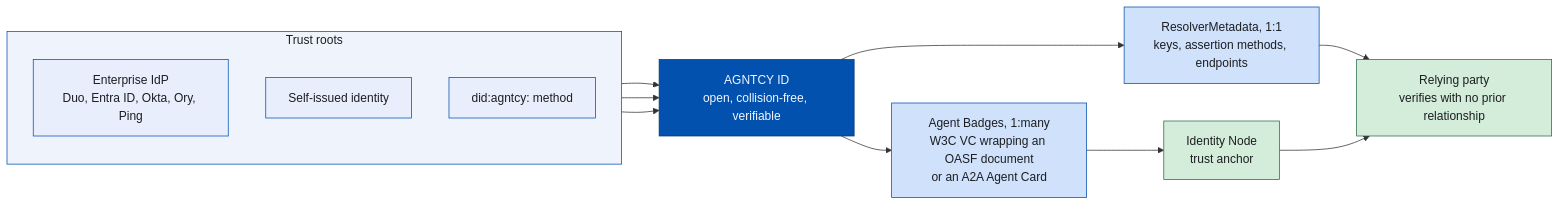
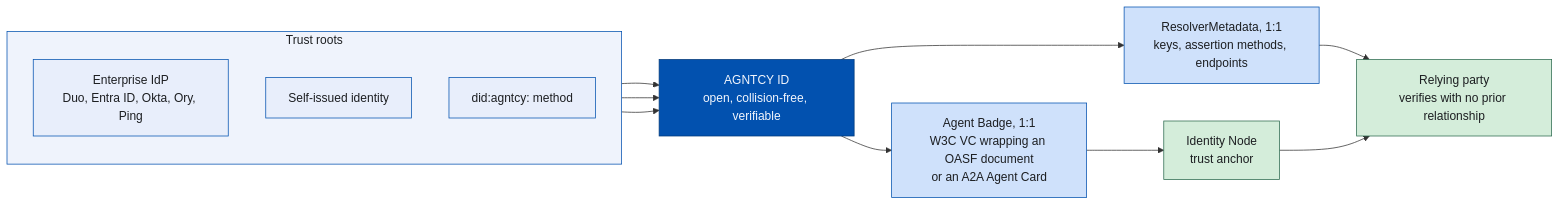
The first of 3 diagrams in _posts/2026-08-20-agent-identity-tbac-a2a-task-authorization.md (agntcy/blogs), drawn with Mermaid before and after one commit. The commit also changed other lines of this file, not shown here.

````diff
--- a/_posts/2026-08-20-agent-identity-tbac-a2a-task-authorization.md
+++ b/_posts/2026-08-20-agent-identity-tbac-a2a-task-authorization.md
@@ -184,36 +184,36 @@
 ```mermaid
 flowchart LR
     subgraph SRC["Trust roots"]
         direction TB
         IDP["Enterprise IdP<br/>Duo, Entra ID, Okta, Ory, Ping"]
         SELF["Self-issued identity"]
         DID["did:agntcy: method"]
     end
 
     ID["AGNTCY ID<br/>open, collision-free, verifiable"]
 
     RM["ResolverMetadata, 1:1<br/>keys, assertion methods, endpoints"]
-    BADGE["Agent Badges, 1:many<br/>W3C VC wrapping an OASF document<br/>or an A2A Agent Card"]
+    BADGE["Agent Badge, 1:1<br/>W3C VC wrapping an OASF document<br/>or an A2A Agent Card"]
 
     NODE["Identity Node<br/>trust anchor"]
     RP["Relying party<br/>verifies with no prior relationship"]
 
     IDP --> ID
     SELF --> ID
     DID --> ID
     ID --> RM
     ID --> BADGE
     BADGE --> NODE
     RM --> RP
     NODE --> RP
 
     style SRC fill:#eff3fc,stroke:#0251af,color:#1c1e21
     style IDP fill:#e8eefb,stroke:#0251af,color:#1c1e21
     style SELF fill:#e8eefb,stroke:#0251af,color:#1c1e21
     style DID fill:#e8eefb,stroke:#0251af,color:#1c1e21
     style ID fill:#0251af,stroke:#023a7a,color:#f3f6fd
     style RM fill:#cfe1fb,stroke:#0251af,color:#1c1e21
     style BADGE fill:#cfe1fb,stroke:#0251af,color:#1c1e21
     style NODE fill:#d4edda,stroke:#2d6a4f,color:#1c1e21
     style RP fill:#d4edda,stroke:#2d6a4f,color:#1c1e21
 ```
````
